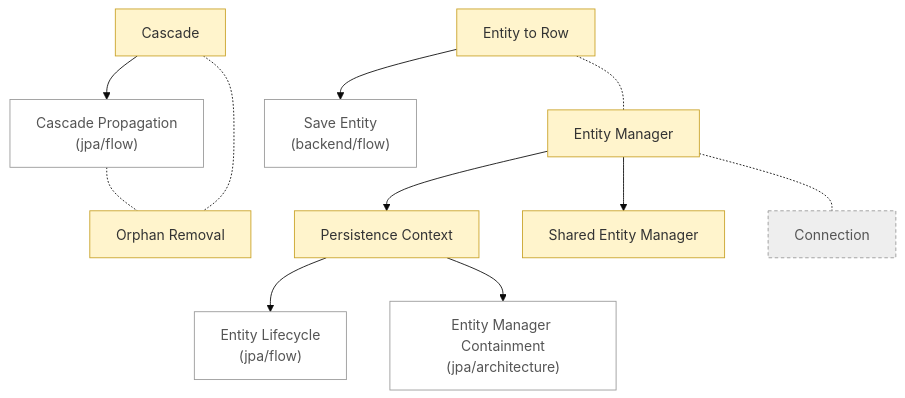
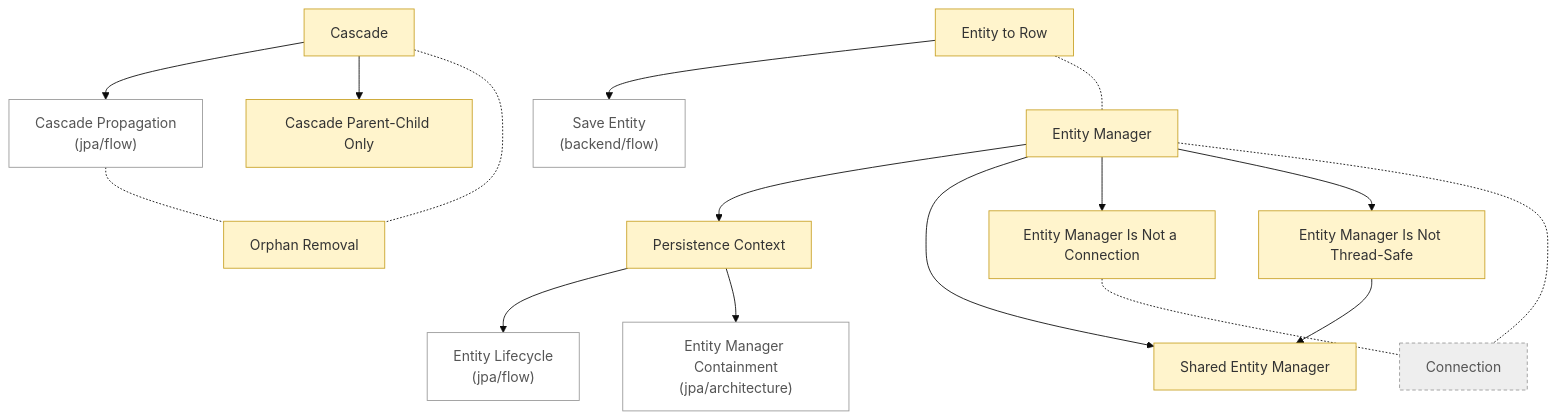
The diagram in notes/backend/jpa/concepts/README.md (Pizza-Mozzarella/self-learning), drawn with Mermaid (base theme) before and after one commit. The commit also changed other lines of this file and 18 other files, not shown here.

````diff
--- a/notes/backend/jpa/concepts/README.md
+++ b/notes/backend/jpa/concepts/README.md
@@ -6,28 +6,36 @@
 ```mermaid
 flowchart TD
-    n0["Cascade"]:::draft
-    n1["Connection"]:::stub
-    n2["Entity Manager"]:::draft
-    n3["Entity to Row"]:::draft
-    n4["Orphan Removal"]:::draft
-    n5["Persistence Context"]:::draft
-    n6["Shared Entity Manager"]:::draft
-    n7["Save Entity<br/>(backend/flow)"]:::ext
-    n8["Entity Manager Containment<br/>(jpa/architecture)"]:::ext
-    n9["Cascade Propagation<br/>(jpa/flow)"]:::ext
-    n10["Entity Lifecycle<br/>(jpa/flow)"]:::ext
-    n0 --> n9
-    n0 -.- n4
-    n2 --> n5
-    n2 --> n6
-    n2 -.- n1
-    n3 --> n7
+    n0["Cascade Parent-Child Only"]:::draft
+    n1["Cascade"]:::draft
+    n2["Connection"]:::stub
+    n3["Entity Manager Is Not a Connection"]:::draft
+    n4["Entity Manager Is Not Thread-Safe"]:::draft
+    n5["Entity Manager"]:::draft
+    n6["Entity to Row"]:::draft
+    n7["Orphan Removal"]:::draft
+    n8["Persistence Context"]:::draft
+    n9["Shared Entity Manager"]:::draft
+    n10["Save Entity<br/>(backend/flow)"]:::ext
+    n11["Entity Manager Containment<br/>(jpa/architecture)"]:::ext
+    n12["Cascade Propagation<br/>(jpa/flow)"]:::ext
+    n13["Entity Lifecycle<br/>(jpa/flow)"]:::ext
+    n1 --> n12
+    n1 --> n0
+    n1 -.- n7
     n3 -.- n2
-    n5 --> n10
+    n4 --> n9
     n5 --> n8
-    n9 -.- n4
+    n5 --> n9
+    n5 --> n3
+    n5 --> n4
+    n5 -.- n2
+    n6 --> n10
+    n6 -.- n5
+    n8 --> n13
+    n8 --> n11
+    n12 -.- n7
     classDef stub fill:#eeeeee,stroke:#999999,stroke-dasharray:4 3,color:#555555
     classDef draft fill:#fff4cc,stroke:#c9a227,color:#333333
     classDef ok fill:#d8f0dc,stroke:#3a9d5d,color:#222222
     classDef ext fill:#ffffff,stroke:#999999,color:#555555
 ```
````
